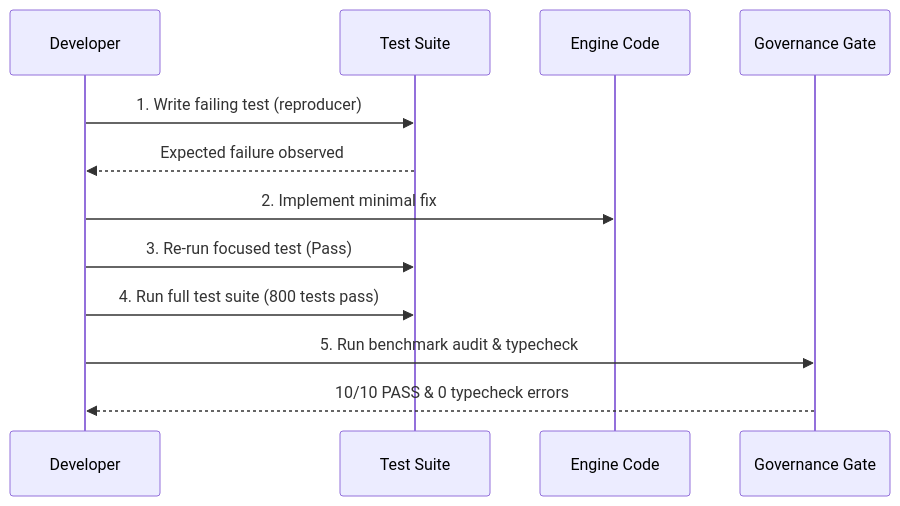
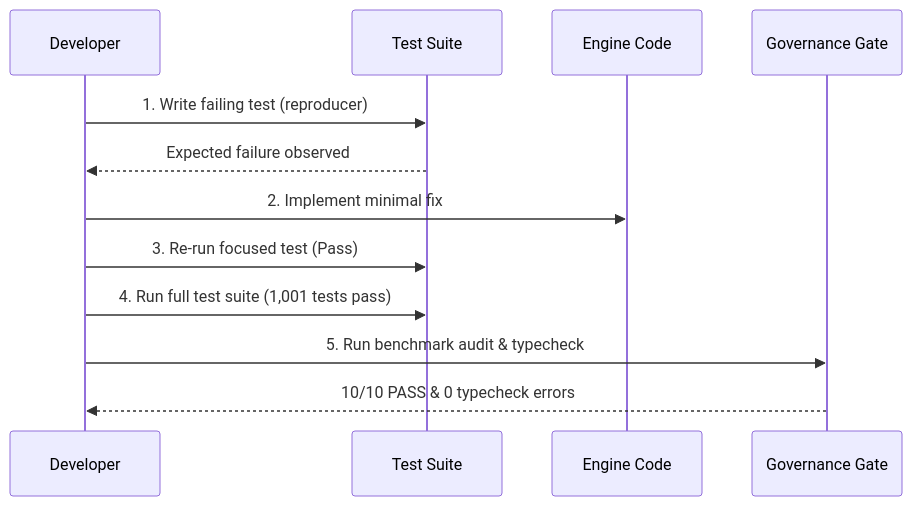
Before and after one commit to raitaskeen/LegacyExodus: the diagram in docs/development/local-development.md, drawn with Mermaid. The commit also changed 11 other files, not shown here.

First line of the commit message:
docs(architecture): reconcile documentation with current implementation

````diff
--- a/docs/development/local-development.md
+++ b/docs/development/local-development.md
@@ -64,15 +64,15 @@
 ```mermaid
 sequenceDiagram
     participant Dev as Developer
     participant Test as Test Suite
     participant Engine as Engine Code
     participant Gov as Governance Gate
 
     Dev->>Test: 1. Write failing test (reproducer)
     Test-->>Dev: Expected failure observed
     Dev->>Engine: 2. Implement minimal fix
     Dev->>Test: 3. Re-run focused test (Pass)
-    Dev->>Test: 4. Run full test suite (800 tests pass)
+    Dev->>Test: 4. Run full test suite (1,001 tests pass)
     Dev->>Gov: 5. Run benchmark audit & typecheck
     Gov-->>Dev: 10/10 PASS & 0 typecheck errors
 ```
````
